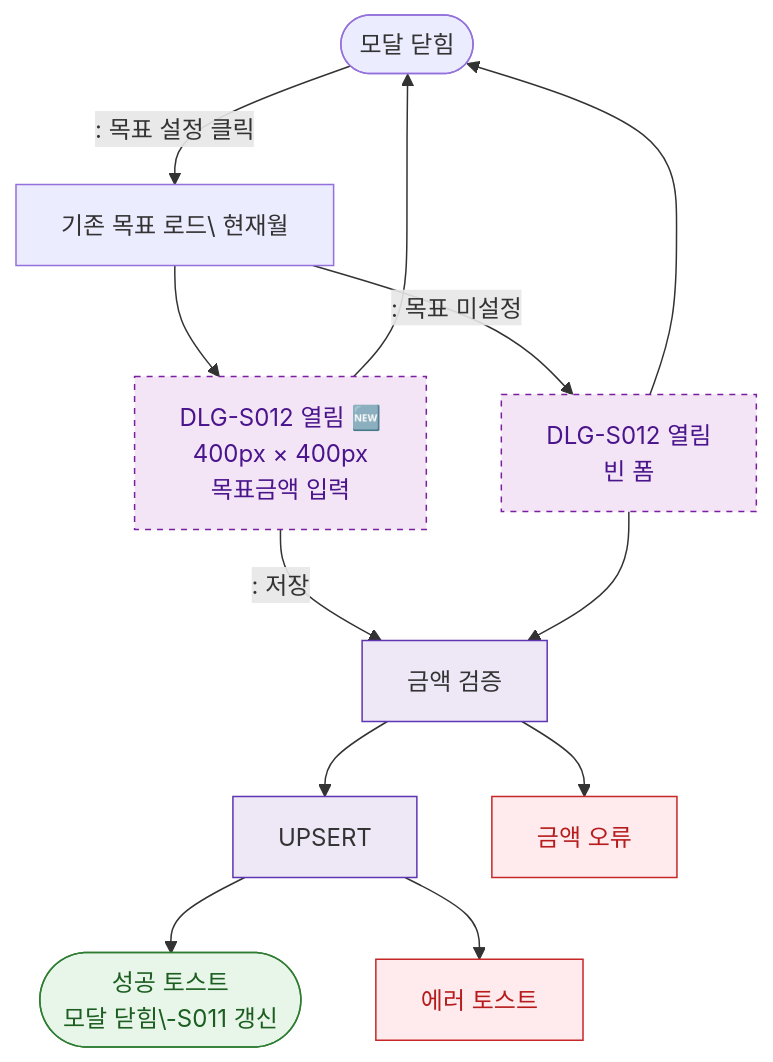
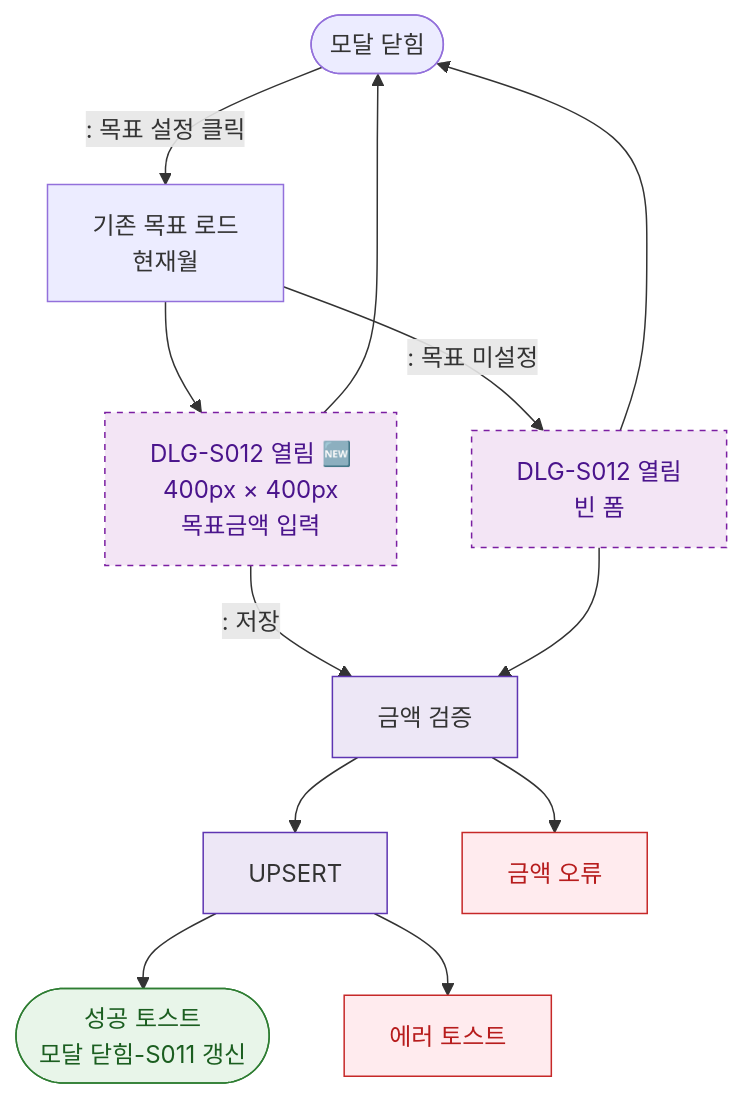
Before and after one commit to dev-spogym/admin-pando: the diagram in docs/admin/다이어그램/D03_매출관리/DLG-S012_목표매출설정/M1_모달생명주기.md, drawn with Mermaid. The commit also changed 369 other files, not shown here.

````diff
--- a/docs/admin/다이어그램/D03_매출관리/DLG-S012_목표매출설정/M1_모달생명주기.md
+++ b/docs/admin/다이어그램/D03_매출관리/DLG-S012_목표매출설정/M1_모달생명주기.md
@@ -18,27 +18,27 @@
 ```mermaid
 flowchart TD
-    CLOSED([모달 닫힘]) -->|": 목표 설정 클릭"|LOAD[기존 목표 로드\ 현재월]
+    CLOSED([모달 닫힘]) -->|": 목표 설정 클릭"|LOAD[기존 목표 로드<br/> 현재월]
     LOAD --> OPEN[DLG-S012 열림 🆕\n400px × 400px\n목표금액 입력]
     LOAD -->|": 목표 미설정"|OPEN_EMPTY[DLG-S012 열림\n빈 폼]
 
     OPEN -->|": 저장"|VALIDATE[금액 검증]
     OPEN_EMPTY --> VALIDATE
     OPEN --> CLOSED
     OPEN_EMPTY --> CLOSED
 
     VALIDATE --> UPSERT[UPSERT]
     VALIDATE --> ERR[금액 오류]
 
-    UPSERT --> SUCCESS([성공 토스트\n모달 닫힘\-S011 갱신])
+    UPSERT --> SUCCESS([성공 토스트\n모달 닫힘-S011 갱신])
     UPSERT --> ERR_TOAST[에러 토스트]
 
     classDef newFeature fill:#F3E5F5,stroke:#7B1FA2,color:#4A148C,stroke-dasharray:4 4
     classDef system fill:#EDE7F6,stroke:#5E35B2
     classDef success fill:#E8F5E9,stroke:#2E7D32,color:#1B5E20
     classDef error fill:#FFEBEE,stroke:#C62828,color:#B71C1C
 
     class OPEN,OPEN_EMPTY newFeature
     class VALIDATE,UPSERT system
     class SUCCESS success
     class ERR,ERR_TOAST error
 ```
````
